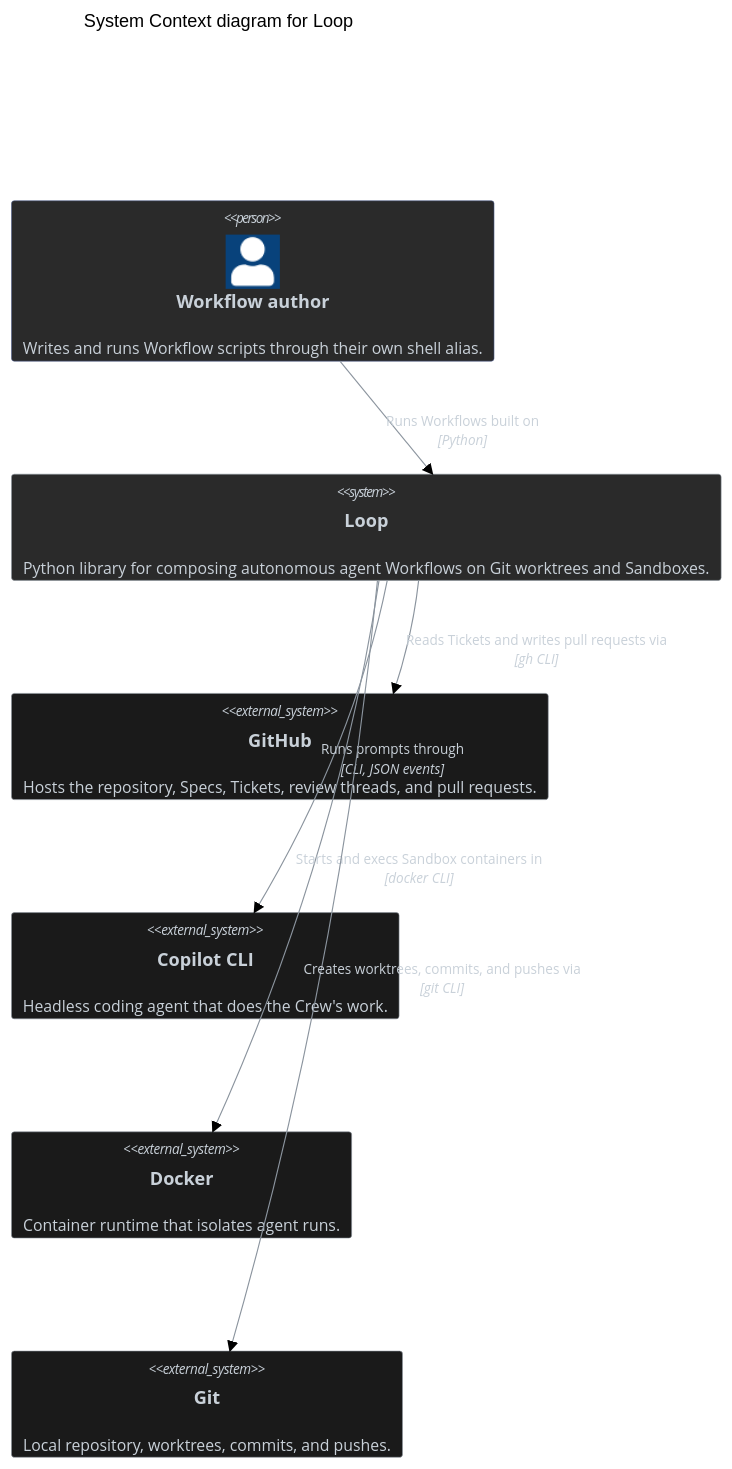
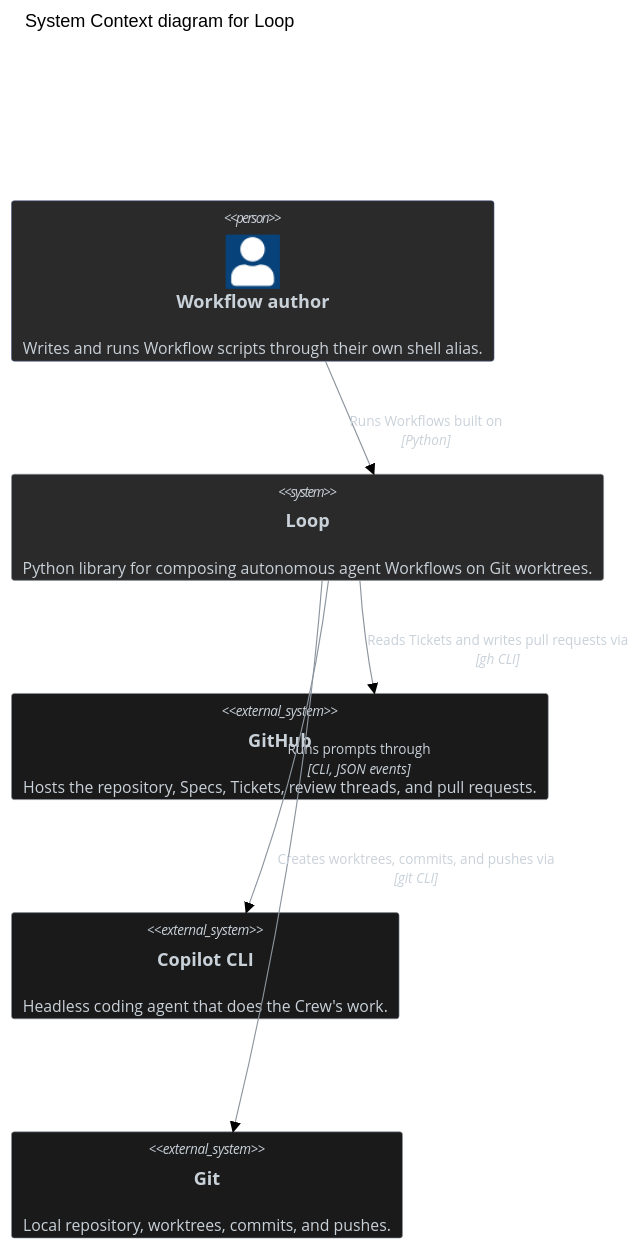
One commit to antshc/loop changed the first of 2 diagrams in docs/building-blocks/system-context.md. Above: the diagram before and after it, drawn with Mermaid (neutral theme). The commit also changed other lines of this file and 51 other files, not shown here.

````diff
--- a/docs/building-blocks/system-context.md
+++ b/docs/building-blocks/system-context.md
@@ -5,38 +5,34 @@
 ```mermaid
 ---
 config:
   c4:
     c4ShapePadding: 20
 ---
 %% diagram-id: loop-system-context
 C4Context
     title System Context diagram for Loop
 
     Person(author, "Workflow author", "Writes and runs Workflow scripts through their own shell alias.")
 
-    System(loop, "Loop", "Python library for composing autonomous agent Workflows on Git worktrees and Sandboxes.")
+    System(loop, "Loop", "Python library for composing autonomous agent Workflows on Git worktrees.")
 
     System_Ext(github, "GitHub", "Hosts the repository, Specs, Tickets, review threads, and pull requests.")
     System_Ext(copilot, "Copilot CLI", "Headless coding agent that does the Crew's work.")
-    System_Ext(docker, "Docker", "Container runtime that isolates agent runs.")
     System_Ext(git, "Git", "Local repository, worktrees, commits, and pushes.")
 
     Rel(author, loop, "Runs Workflows built on", "Python")
     Rel(loop, github, "Reads Tickets and writes pull requests via", "gh CLI")
     Rel(loop, copilot, "Runs prompts through", "CLI, JSON events")
-    Rel(loop, docker, "Starts and execs Sandbox containers in", "docker CLI")
     Rel(loop, git, "Creates worktrees, commits, and pushes via", "git CLI")
 
     UpdateElementStyle(author, $fontColor="#c9d1d9", $bgColor="#2a2a2a", $borderColor="#4a5a8a")
     UpdateElementStyle(loop, $fontColor="#c9d1d9", $bgColor="#2a2a2a", $borderColor="#8b949e")
     UpdateElementStyle(github, $fontColor="#c9d1d9", $bgColor="#1a1a1a", $borderColor="#8b949e")
     UpdateElementStyle(copilot, $fontColor="#c9d1d9", $bgColor="#1a1a1a", $borderColor="#8b949e")
-    UpdateElementStyle(docker, $fontColor="#c9d1d9", $bgColor="#1a1a1a", $borderColor="#8b949e")
     UpdateElementStyle(git, $fontColor="#c9d1d9", $bgColor="#1a1a1a", $borderColor="#8b949e")
 
     UpdateRelStyle(author, loop, $textColor="#c9d1d9", $lineColor="#8b949e")
     UpdateRelStyle(loop, github, $textColor="#c9d1d9", $lineColor="#8b949e")
     UpdateRelStyle(loop, copilot, $textColor="#c9d1d9", $lineColor="#8b949e")
-    UpdateRelStyle(loop, docker, $textColor="#c9d1d9", $lineColor="#8b949e")
     UpdateRelStyle(loop, git, $textColor="#c9d1d9", $lineColor="#8b949e")
 ```
````
